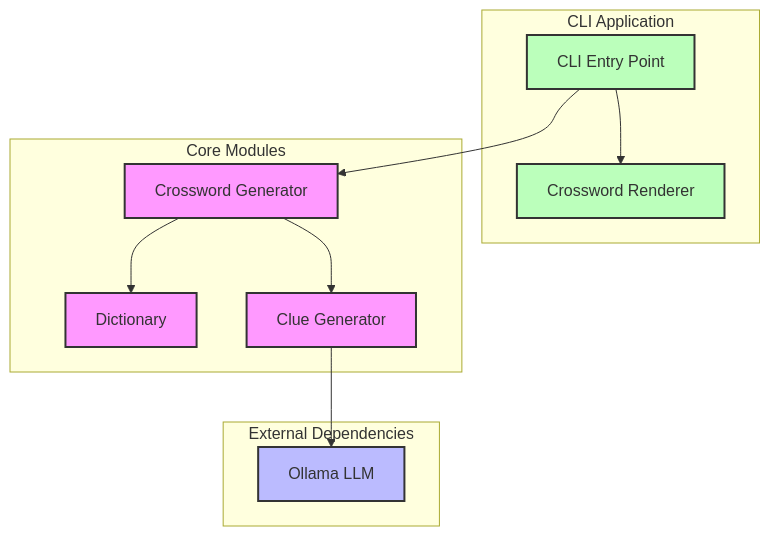
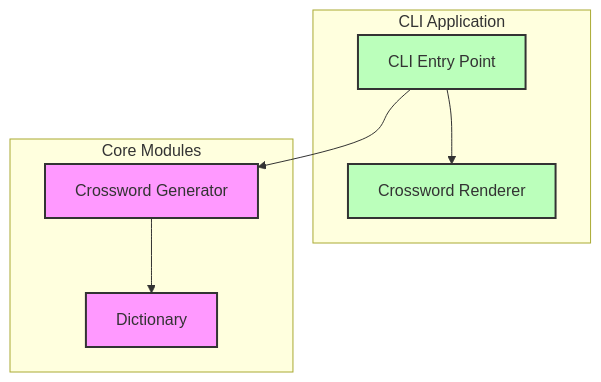
The diagram in README.md (ahboujelben/go-crossword), drawn with Mermaid before and after one commit. The commit also changed other lines of this file and 28 other files, not shown here.

````diff
--- a/README.md
+++ b/README.md
@@ -144,31 +106,22 @@
 ```mermaid
 graph TB
     subgraph "CLI Application"
         CLI[CLI Entry Point]
         CR[Crossword Renderer]
     end
 
     subgraph "Core Modules"
         CW[Crossword Generator]
         DICT[Dictionary]
-        CLUE[Clue Generator]
-    end
-
-    subgraph "External Dependencies"
-        OLLAMA[Ollama LLM]
     end
 
     CLI --> CW
     CLI --> CR
     CW --> DICT
-    CW --> CLUE
-    CLUE --> OLLAMA
 
     classDef core fill:#f9f,stroke:#333,stroke-width:2px;
-    classDef ext fill:#bbf,stroke:#333,stroke-width:2px;
     classDef app fill:#bfb,stroke:#333,stroke-width:2px;
 
-    class CW,DICT,CLUE core;
-    class OLLAMA ext;
+    class CW,DICT core;
     class CLI,CR app;
 ```
````
